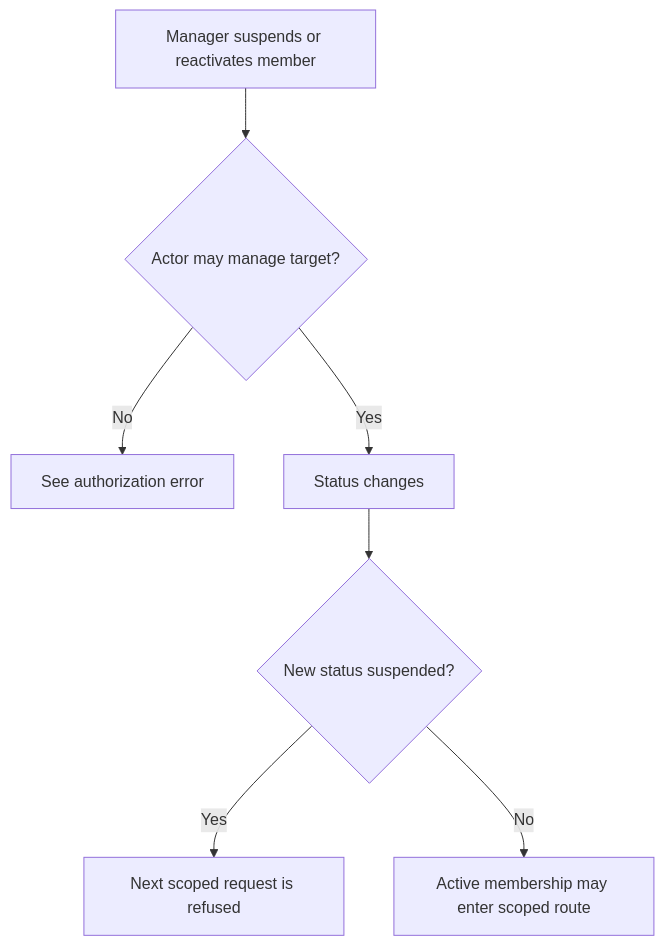
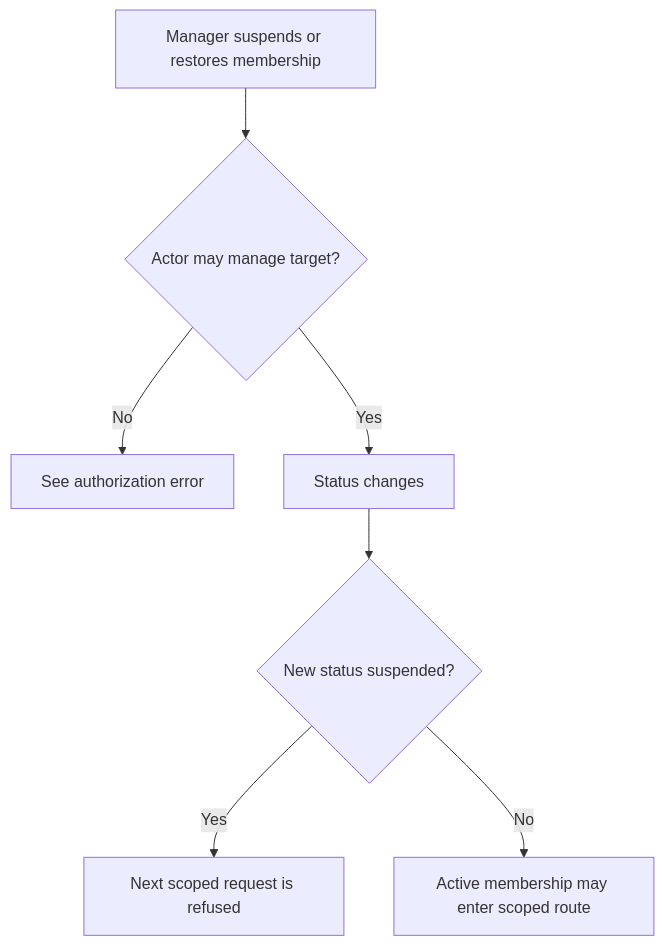
One commit to Kevinjohn/oss-adonisjs-access-control changed the first of 2 diagrams in user-stories/US-ACCESS-05-change-member-status.md. Above: the diagram before and after it, drawn with Mermaid. The commit also changed other lines of this file and 14 other files, not shown here.

````diff
--- a/user-stories/US-ACCESS-05-change-member-status.md
+++ b/user-stories/US-ACCESS-05-change-member-status.md
@@ -28,9 +28,9 @@
 ```mermaid
 flowchart TD
-    A["Manager suspends or reactivates member"] --> B{"Actor may manage target?"}
+    A["Manager suspends or restores membership"] --> B{"Actor may manage target?"}
     B -->|No| C["See authorization error"]
     B -->|Yes| D["Status changes"]
     D --> E{"New status suspended?"}
     E -->|Yes| F["Next scoped request is refused"]
     E -->|No| G["Active membership may enter scoped route"]
 ```
````
